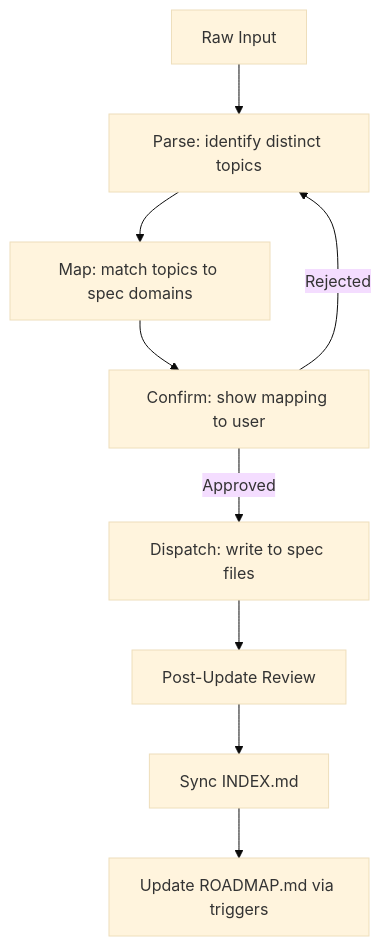
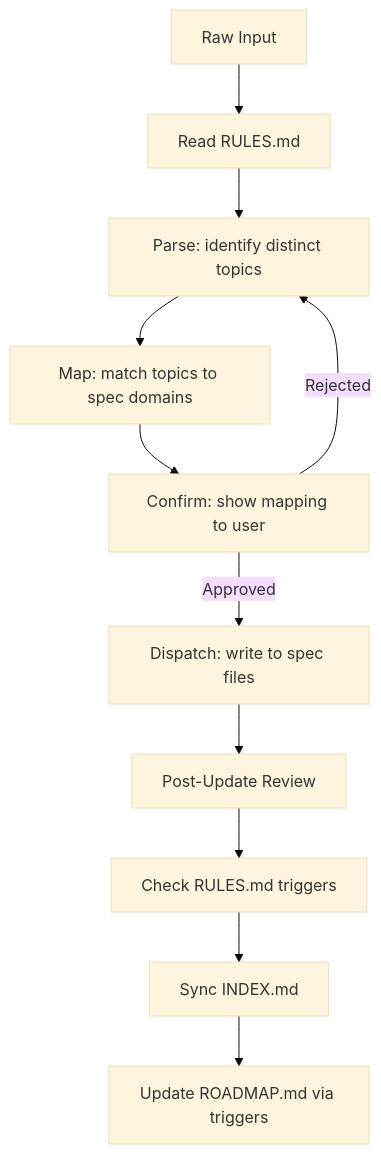
One commit to teratron/bevy-launchpad changed the second of 3 diagrams in .agent/workflows/specification.md. Above: the diagram before and after it, drawn with Mermaid (base theme). The commit also changed other lines of this file, not shown here.

Commit message:
docs(specs): update workflow documentation to include RULES.md in specification process

````diff
--- a/.agent/workflows/specification.md
+++ b/.agent/workflows/specification.md
@@ -61,11 +70,13 @@
 ```mermaid
 graph TD
-    A[Raw Input] --> B[Parse: identify distinct topics]
+    A[Raw Input] --> R[Read RULES.md]
+    R --> B[Parse: identify distinct topics]
     B --> C[Map: match topics to spec domains]
     C --> D[Confirm: show mapping to user]
     D -->|Approved| E[Dispatch: write to spec files]
     D -->|Rejected| B
     E --> F[Post-Update Review]
-    F --> G[Sync INDEX.md]
-    G --> H[Update ROADMAP.md via triggers]
+    F --> G[Check RULES.md triggers]
+    G --> H[Sync INDEX.md]
+    H --> I[Update ROADMAP.md via triggers]
 ```
````
